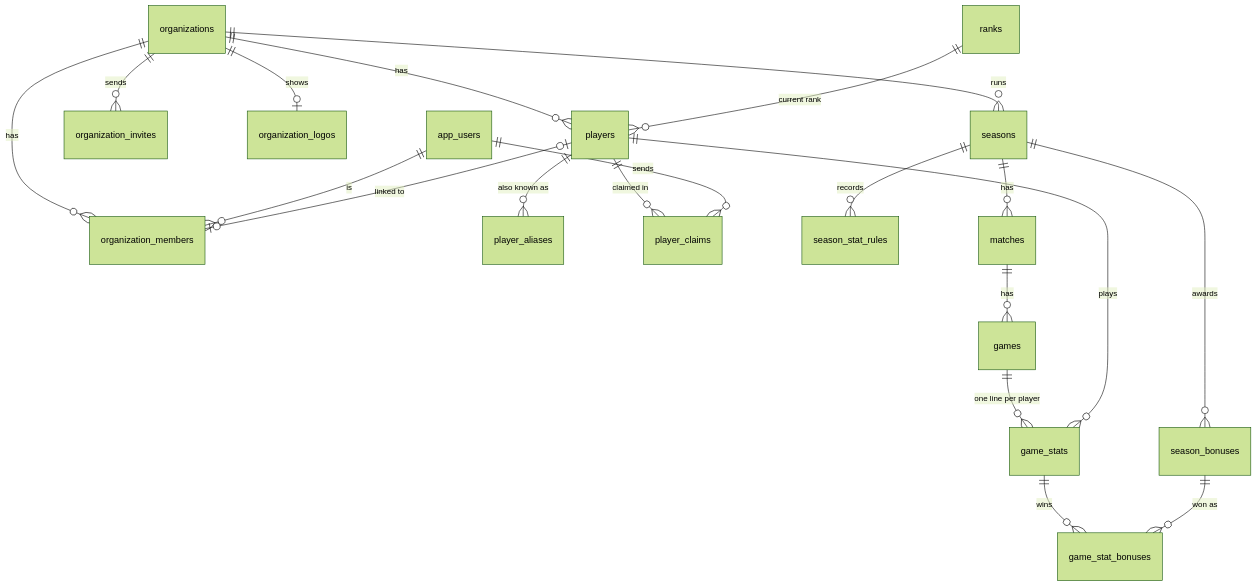
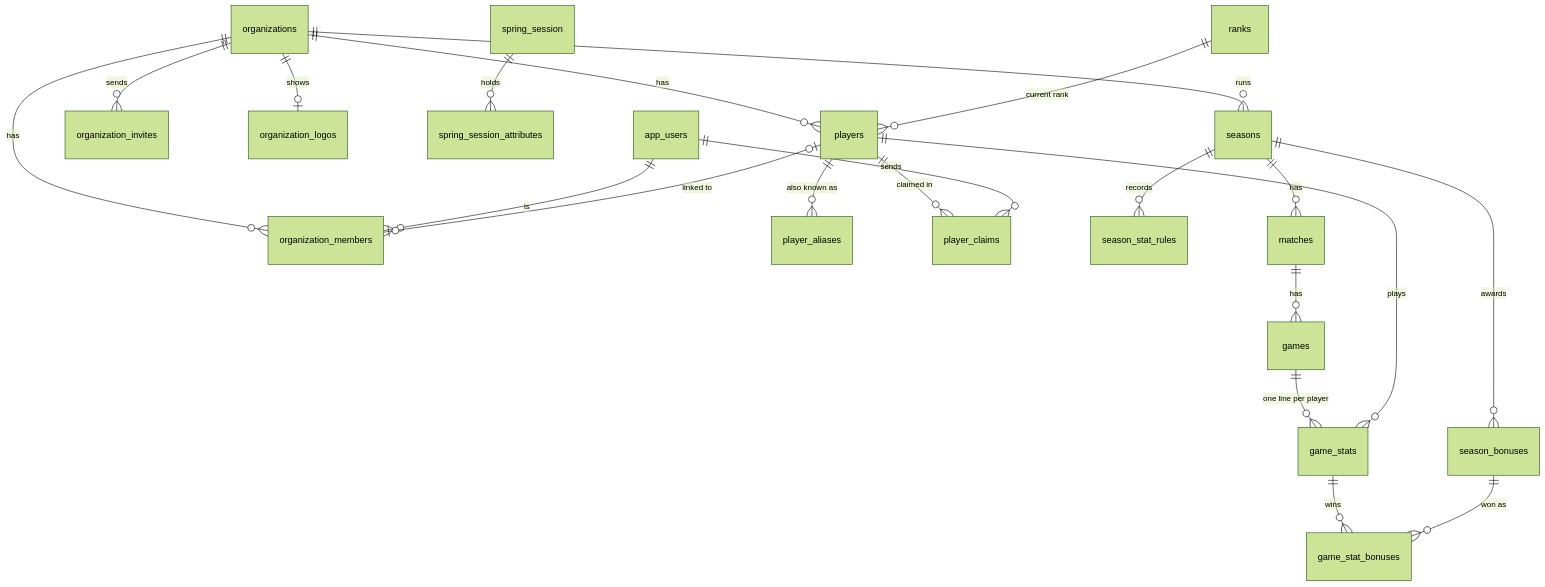
Before and after one commit to irmahs-labs/tournament-leaderboard: the fifth of 7 diagrams in docs/context-graph.md, drawn with Mermaid (forest theme). The commit also changed other lines of this file and 10 other files, not shown here.

````diff
--- a/docs/context-graph.md
+++ b/docs/context-graph.md
@@ -168,22 +168,23 @@
 ```mermaid
 erDiagram
     organizations ||--o{ organization_members : has
     app_users ||--o{ organization_members : is
     organizations ||--o{ organization_invites : sends
     organizations ||--o| organization_logos : shows
+    spring_session ||--o{ spring_session_attributes : holds
     organizations ||--o{ players : has
     ranks ||--o{ players : "current rank"
     players ||--o{ player_aliases : "also known as"
     players |o--o| organization_members : "linked to"
     players ||--o{ player_claims : "claimed in"
     app_users ||--o{ player_claims : sends
     organizations ||--o{ seasons : runs
     seasons ||--o{ season_stat_rules : records
     seasons ||--o{ season_bonuses : awards
     seasons ||--o{ matches : has
     matches ||--o{ games : has
     games ||--o{ game_stats : "one line per player"
     players ||--o{ game_stats : plays
     game_stats ||--o{ game_stat_bonuses : wins
     season_bonuses ||--o{ game_stat_bonuses : "won as"
 ```
````
